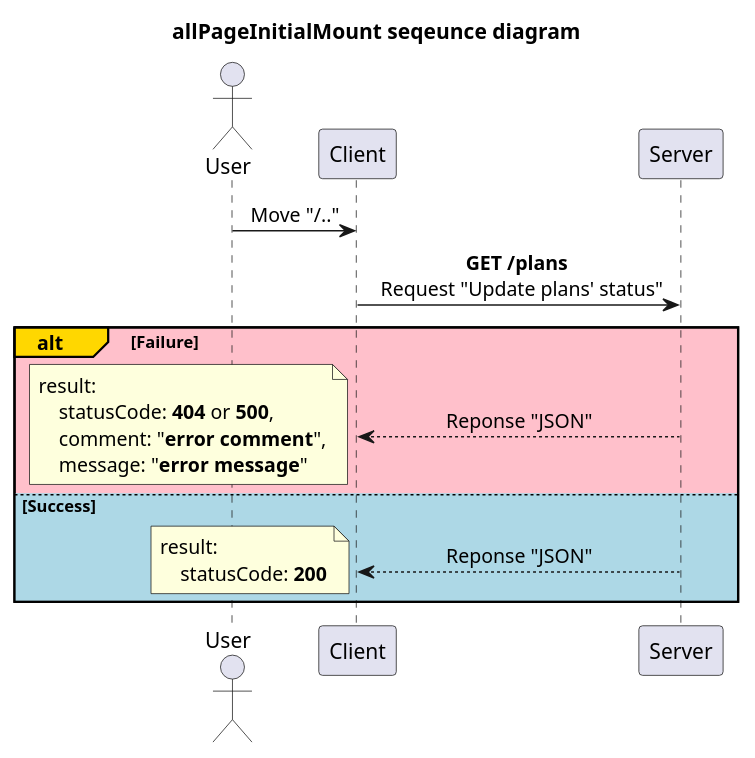
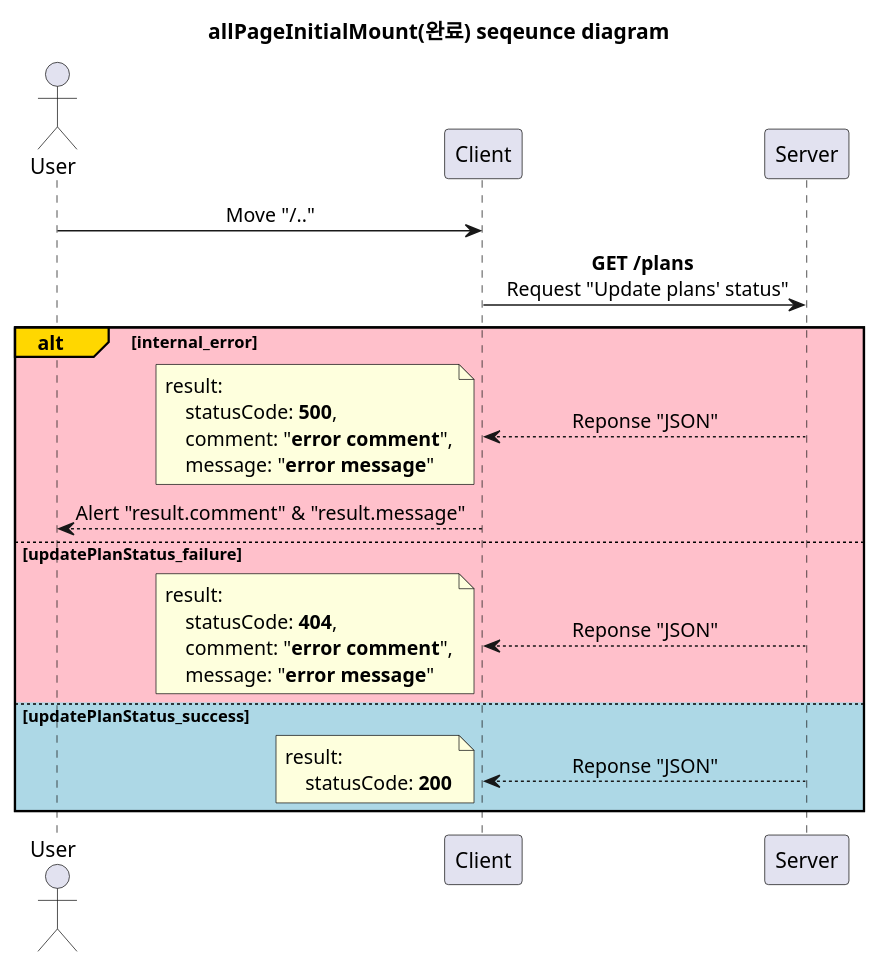
The diagram in diagram/landing_page/allPageInitialMount.puml (devSeungBin/SSCS), drawn with PlantUML before and after one commit. The commit also changed 12 other files, not shown here.

```diff
--- a/diagram/landing_page/allPageInitialMount.puml
+++ b/diagram/landing_page/allPageInitialMount.puml
@@ -1,34 +1,44 @@
-@startuml allPageInitialMount
+@startuml allPageInitialMount(완료)
 'http://localhost:3000/
 
-title allPageInitialMount seqeunce diagram
+title allPageInitialMount(완료) seqeunce diagram
 
 skinparam SequenceMessageAlignment center
 
 participant Server order 30
 participant Client order 20
 actor User order 10
 
 User -> Client: Move "/.."
 
 Client -> Server: **GET /plans** \n Request "Update plans' status"
 
-alt#Gold #Pink Failure
+alt#Gold #Pink internal_error
     Client <-- Server: Reponse "JSON"
     note left
         result:
-            statusCode: **404** or **500**,
+            statusCode: **500**,
+            comment: "**error comment**",
+            message: "**error message**"
+    end note
+    User <-- Client: Alert "result.comment" & "result.message"
+
+else #Pink updatePlanStatus_failure
+    Client <-- Server: Reponse "JSON"
+    note left
+        result:
+            statusCode: **404**,
             comment: "**error comment**",
             message: "**error message**"
     end note
 
-else #LightBlue Success
+else #LightBlue updatePlanStatus_success
     Client <-- Server: Reponse "JSON"
     note left
         result:
             statusCode: **200**
     end note
 
 end
 
 @enduml
```
